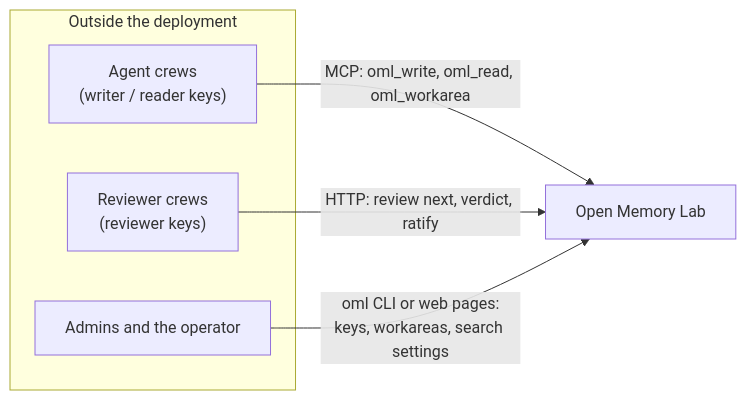
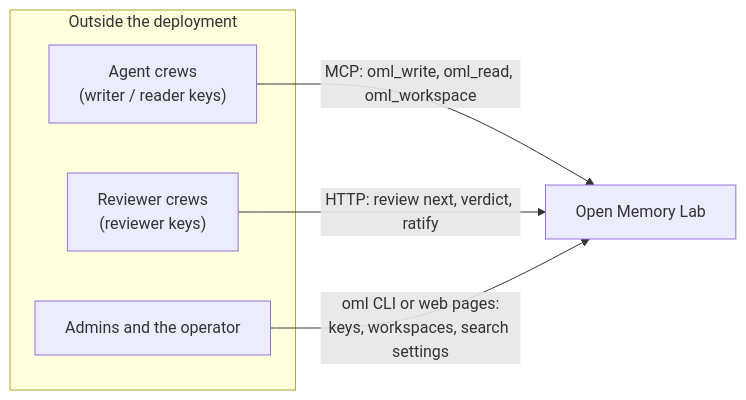
One commit to e8kor/open-memory-lab changed the first of 5 diagrams in docs/architecture/overview.md. Above: the diagram before and after it, drawn with Mermaid. The commit also changed other lines of this file and 178 other files, not shown here.

````diff
--- a/docs/architecture/overview.md
+++ b/docs/architecture/overview.md
@@ -27,12 +27,12 @@
 ```mermaid
 flowchart LR
     subgraph outside ["Outside the deployment"]
         AG["Agent crews<br/>(writer / reader keys)"]
         RC["Reviewer crews<br/>(reviewer keys)"]
         AD["Admins and the operator"]
     end
     OML["Open Memory Lab"]
-    AG -- "MCP: oml_write, oml_read, oml_workarea" --> OML
+    AG -- "MCP: oml_write, oml_read, oml_workspace" --> OML
     RC -- "HTTP: review next, verdict, ratify" --> OML
-    AD -- "oml CLI or web pages:<br/>keys, workareas, search settings" --> OML
+    AD -- "oml CLI or web pages:<br/>keys, workspaces, search settings" --> OML
 ```
````
